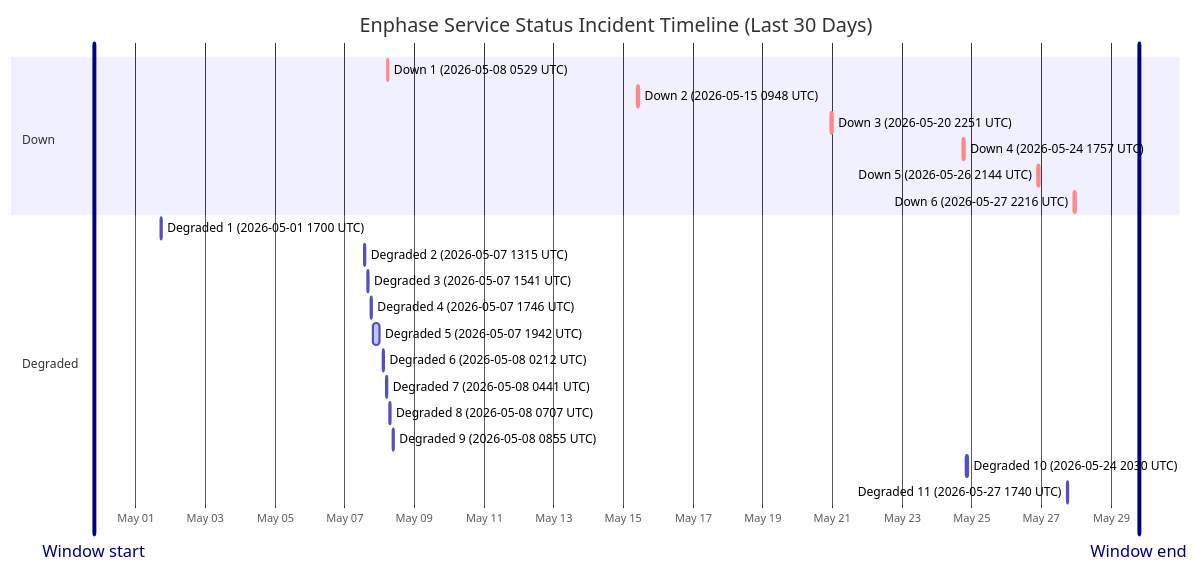
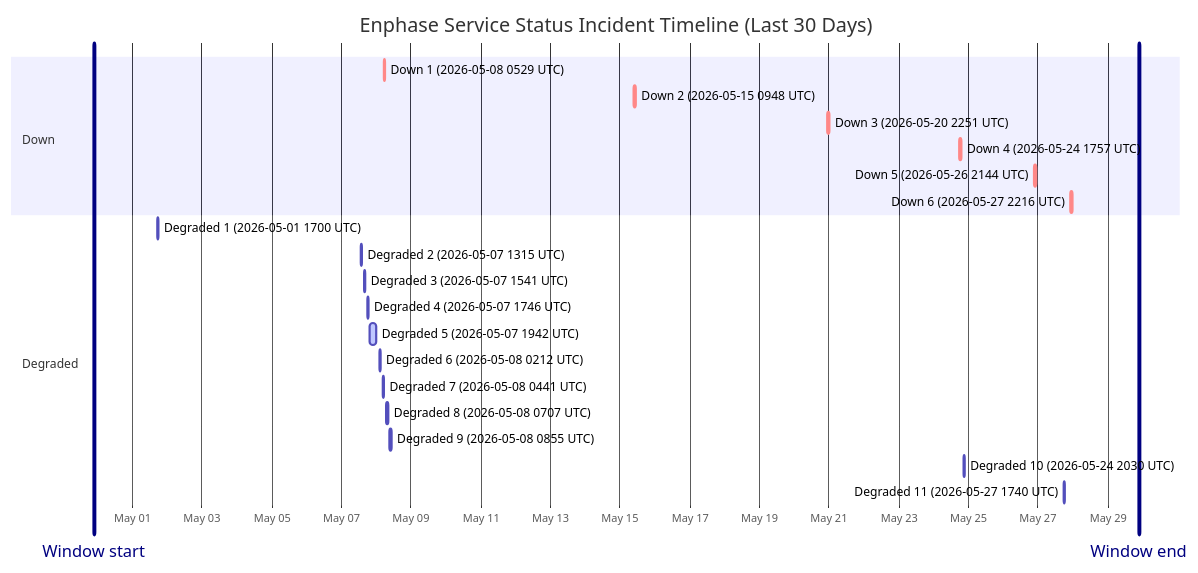
One commit to barneyonline/ha-enphase-ev-charger changed the diagram in wiki/Service-Status-History.md. Above: the diagram before and after it, drawn with Mermaid. The commit also changed other lines of this file and 3 other files, not shown here.

````diff
--- a/wiki/Service-Status-History.md
+++ b/wiki/Service-Status-History.md
@@ -14,27 +14,27 @@
 ```mermaid
 gantt
     title Enphase Service Status Incident Timeline (Last 30 Days)
     dateFormat  YYYY-MM-DDTHH:mm:ss
     axisFormat  %b %d
-    Window start :vert, window-start, 2026-04-29T19:08:01, 0ms
-    Window end :vert, window-end, 2026-05-29T19:08:01, 0ms
+    Window start :vert, window-start, 2026-04-29T21:21:48, 0ms
+    Window end :vert, window-end, 2026-05-29T21:21:48, 0ms
     section Down
     Down 1 (2026-05-08 0529 UTC) :crit, down-1, 2026-05-08T05:29:47, 60m
     Down 2 (2026-05-15 0948 UTC) :crit, down-2, 2026-05-15T09:48:18, 60m
     Down 3 (2026-05-20 2251 UTC) :crit, down-3, 2026-05-20T22:51:14, 75m
     Down 4 (2026-05-24 1757 UTC) :crit, down-4, 2026-05-24T17:57:41, 86m
     Down 5 (2026-05-26 2144 UTC) :crit, down-5, 2026-05-26T21:44:11, 85m
     Down 6 (2026-05-27 2216 UTC) :crit, down-6, 2026-05-27T22:16:53, 87m
     section Degraded
     Degraded 1 (2026-05-01 1700 UTC) :active, degraded-1, 2026-05-01T17:00:22, 60m
     Degraded 2 (2026-05-07 1315 UTC) :active, degraded-2, 2026-05-07T13:15:25, 60m
     Degraded 3 (2026-05-07 1541 UTC) :active, degraded-3, 2026-05-07T15:41:58, 60m
     Degraded 4 (2026-05-07 1746 UTC) :active, degraded-4, 2026-05-07T17:46:51, 60m
     Degraded 5 (2026-05-07 1942 UTC) :active, degraded-5, 2026-05-07T19:42:10, 249m
     Degraded 6 (2026-05-08 0212 UTC) :active, degraded-6, 2026-05-08T02:12:39, 60m
     Degraded 7 (2026-05-08 0441 UTC) :active, degraded-7, 2026-05-08T04:41:46, 60m
     Degraded 8 (2026-05-08 0707 UTC) :active, degraded-8, 2026-05-08T07:07:30, 60m
     Degraded 9 (2026-05-08 0855 UTC) :active, degraded-9, 2026-05-08T08:55:20, 88m
     Degraded 10 (2026-05-24 2030 UTC) :active, degraded-10, 2026-05-24T20:30:57, 84m
     Degraded 11 (2026-05-27 1740 UTC) :active, degraded-11, 2026-05-27T17:40:52, 60m
 ```
````
